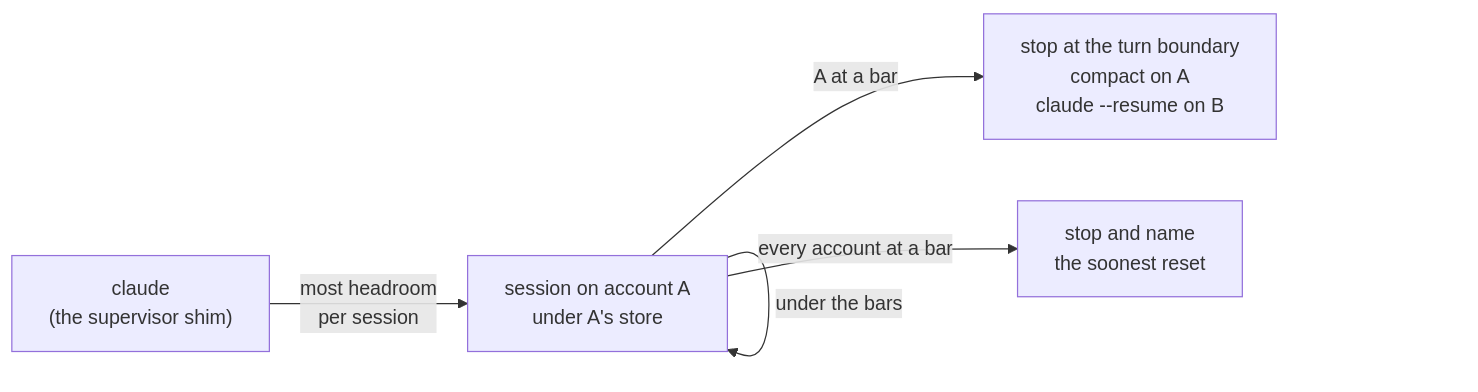
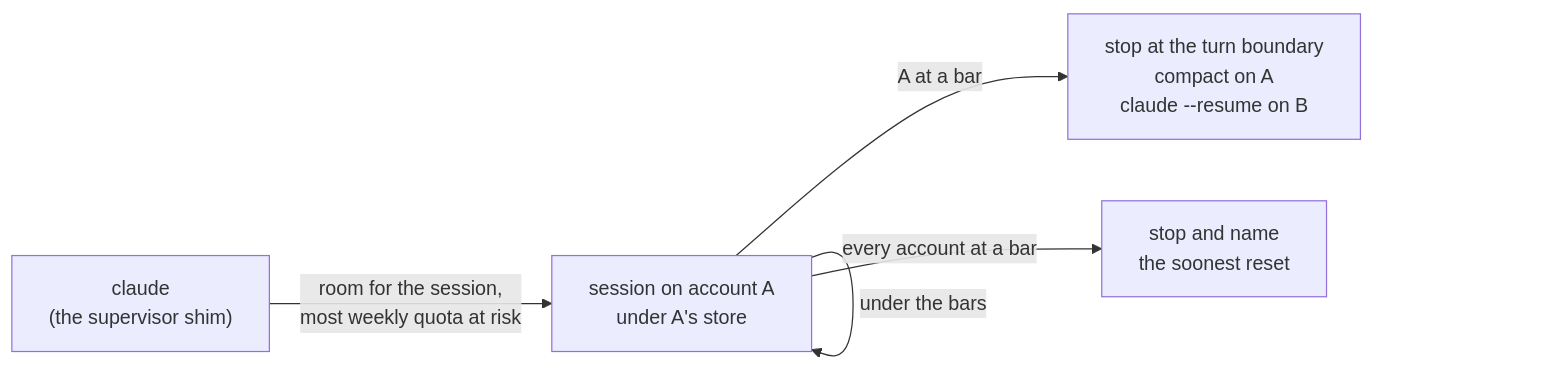
The diagram in docs/content/docs/index.mdx (anaclumos/tokenmaxxing), drawn with Mermaid before and after one commit. The commit also changed other lines of this file and 10 other files, not shown here.

First line of the commit message:
feat: rank accounts by weekly quota at risk, plan size, and room for the session (#440)

````diff
--- a/docs/content/docs/index.mdx
+++ b/docs/content/docs/index.mdx
@@ -28,7 +28,7 @@
 ```mermaid
 flowchart LR
-  sup["claude<br/>(the supervisor shim)"] -->|"most headroom<br/>per session"| seat["session on account A<br/>under A's store"]
+  sup["claude<br/>(the supervisor shim)"] -->|"room for the session,<br/>most weekly quota at risk"| seat["session on account A<br/>under A's store"]
   seat -->|"under the bars"| seat
   seat -->|"A at a bar"| move["stop at the turn boundary<br/>compact on A<br/>claude --resume on B"]
   seat -->|"every account at a bar"| wait["stop and name<br/>the soonest reset"]
 ```
````
